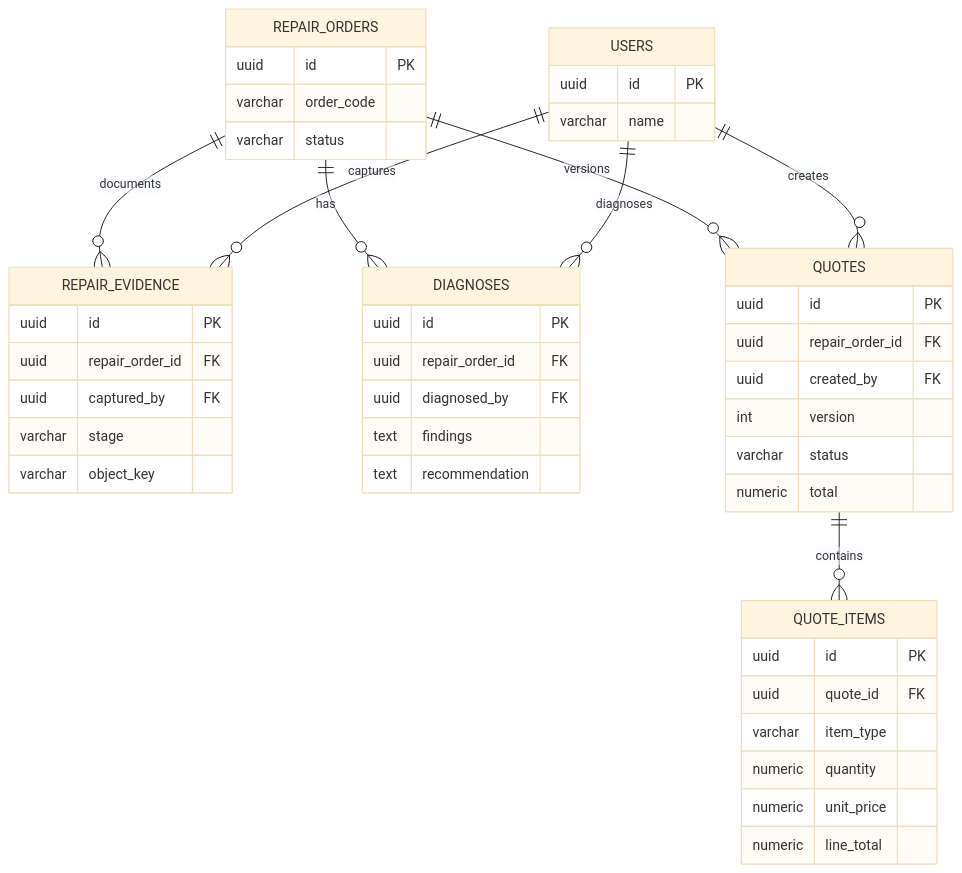
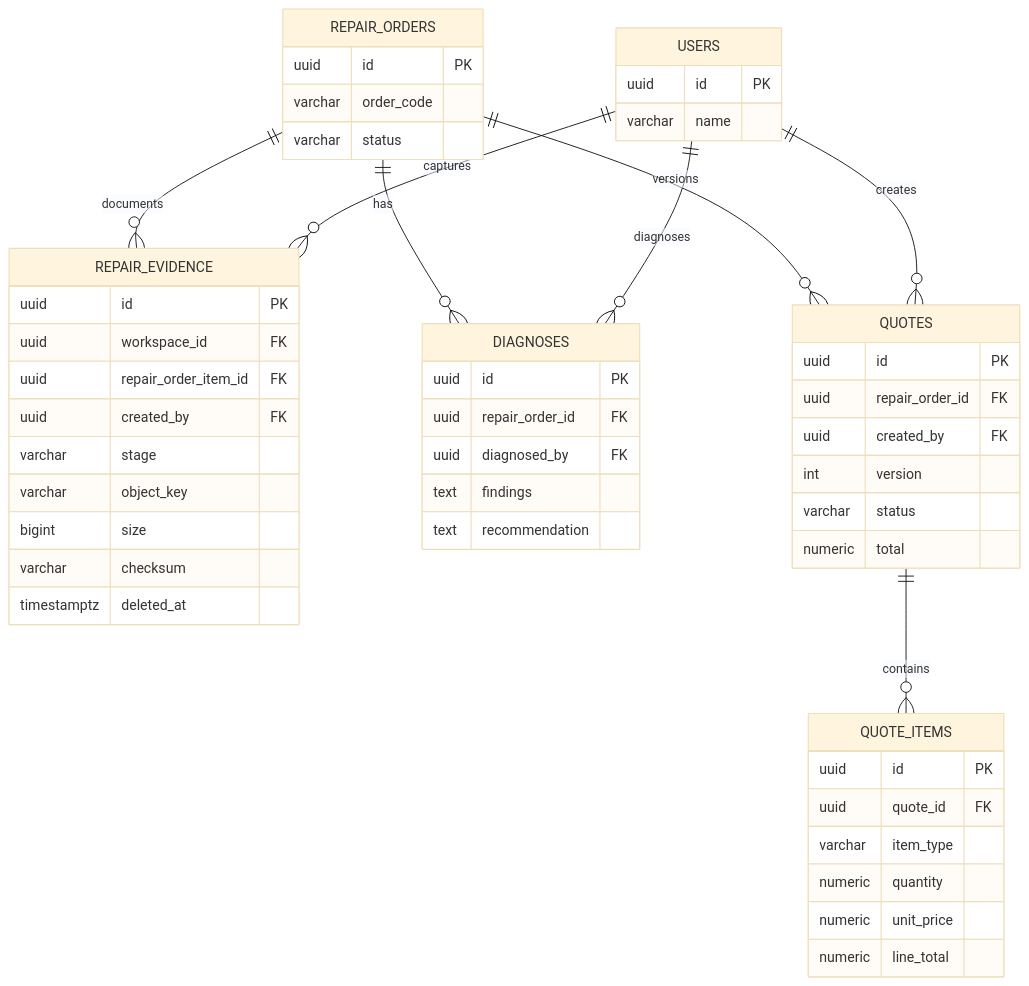
One commit to datdt03/DOTHANHDAT_INTERN_01278 changed the fourth of 6 diagrams in docs/v0/05-database-requirements.md. Above: the diagram before and after it, drawn with Mermaid (base theme). The commit also changed 19 other files, not shown here.

````diff
--- a/docs/v0/05-database-requirements.md
+++ b/docs/v0/05-database-requirements.md
@@ -706,49 +706,53 @@
 ```mermaid
 erDiagram
     REPAIR_ORDERS {
         uuid id PK
         varchar order_code
         varchar status
     }
     USERS {
         uuid id PK
         varchar name
     }
     REPAIR_EVIDENCE {
         uuid id PK
-        uuid repair_order_id FK
-        uuid captured_by FK
+        uuid workspace_id FK
+        uuid repair_order_item_id FK
+        uuid created_by FK
         varchar stage
         varchar object_key
+        bigint size
+        varchar checksum
+        timestamptz deleted_at
     }
     DIAGNOSES {
         uuid id PK
         uuid repair_order_id FK
         uuid diagnosed_by FK
         text findings
         text recommendation
     }
     QUOTES {
         uuid id PK
         uuid repair_order_id FK
         uuid created_by FK
         int version
         varchar status
         numeric total
     }
     QUOTE_ITEMS {
         uuid id PK
         uuid quote_id FK
         varchar item_type
         numeric quantity
         numeric unit_price
         numeric line_total
     }
     REPAIR_ORDERS ||--o{ REPAIR_EVIDENCE : documents
     USERS ||--o{ REPAIR_EVIDENCE : captures
     REPAIR_ORDERS ||--o{ DIAGNOSES : has
     USERS ||--o{ DIAGNOSES : diagnoses
     REPAIR_ORDERS ||--o{ QUOTES : versions
     USERS ||--o{ QUOTES : creates
     QUOTES ||--o{ QUOTE_ITEMS : contains
 ```
````
